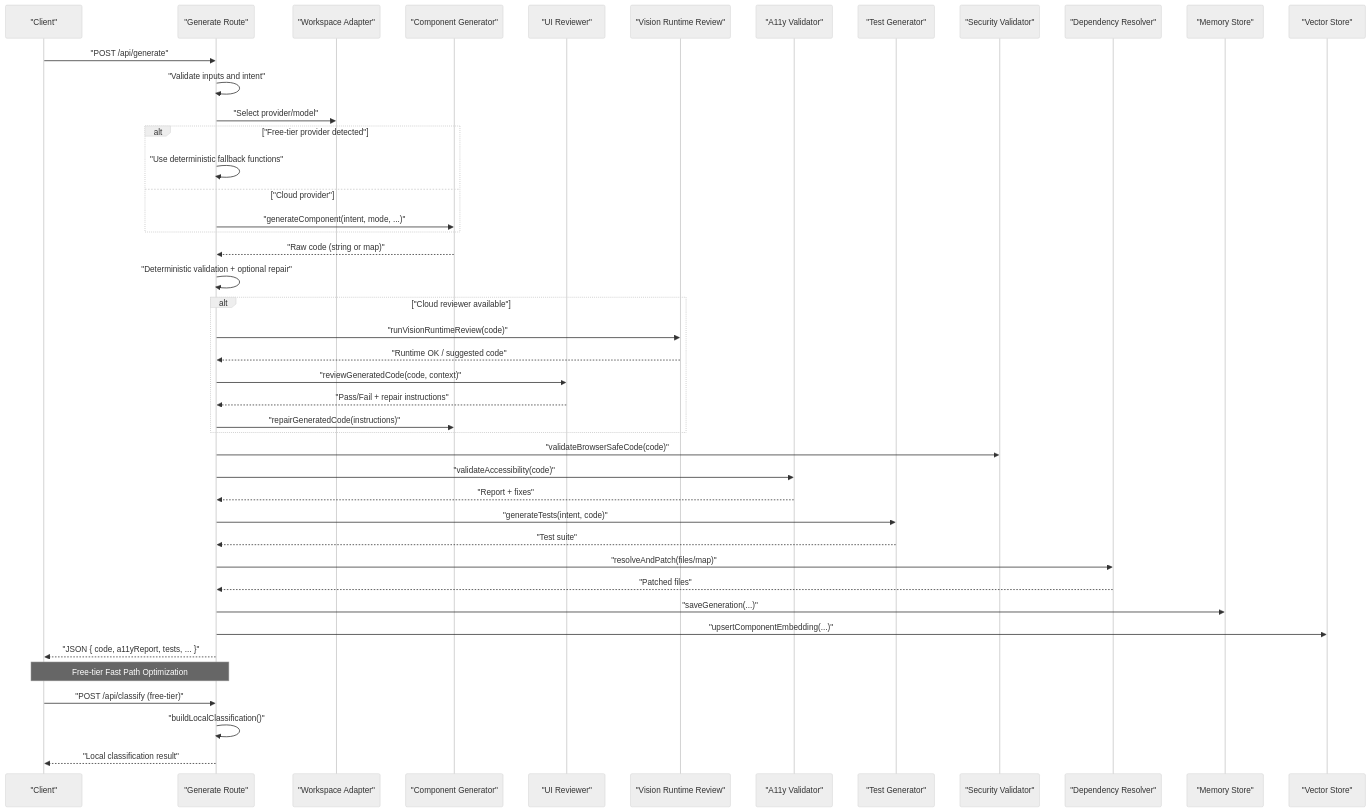
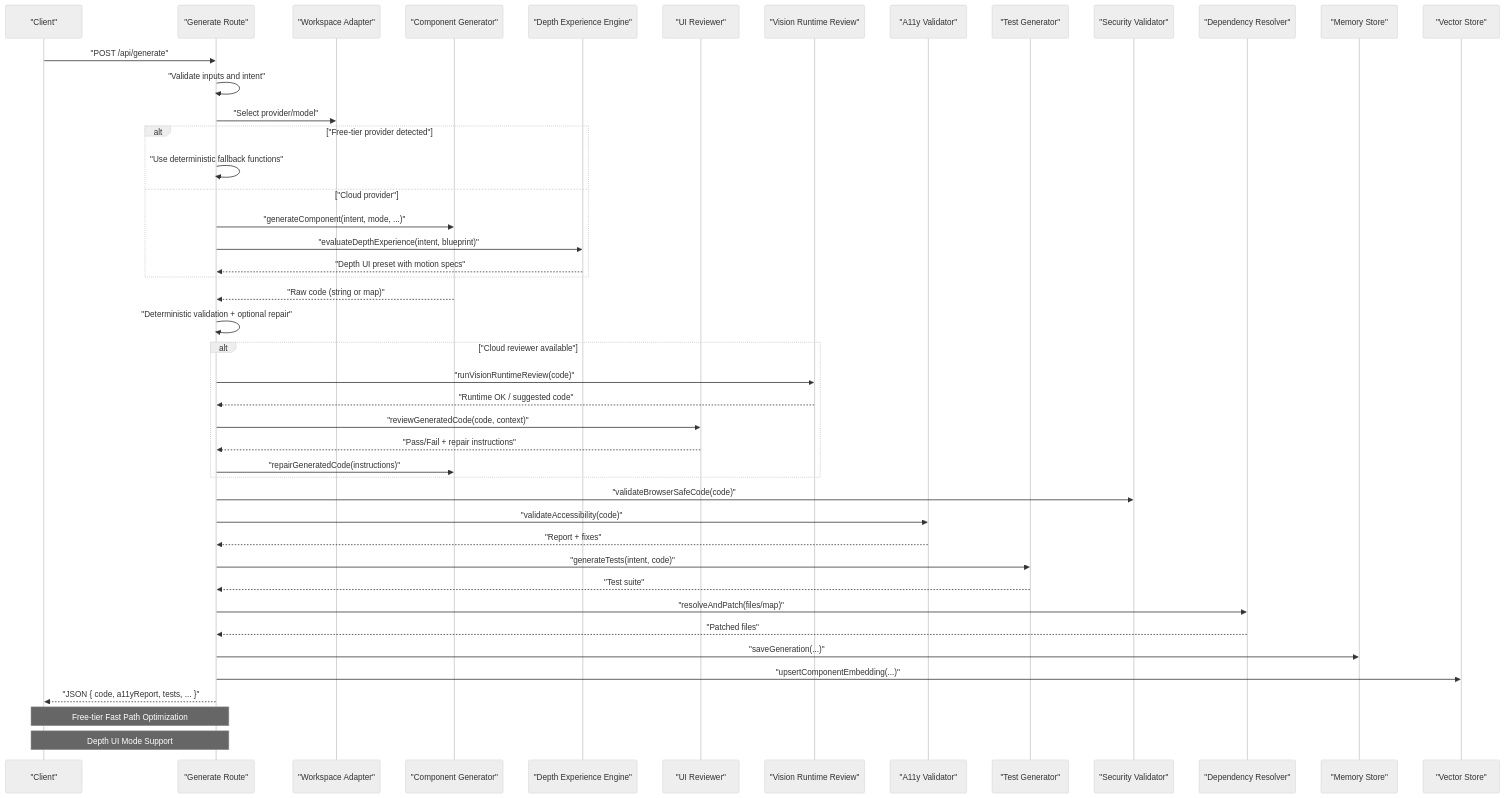
The second of 4 diagrams in .qoder/repowiki/en/content/AI Generation Engine/Core Generation Pipeline/Core Generation Pipeline.md (shekhargiri005-dotcom/AI-powered-accessibility-first-UI-engine), drawn with Mermaid (neutral theme) before and after one commit. The commit also changed other lines of this file and 6 other files, not shown here.

````diff
--- a/.qoder/repowiki/en/content/AI Generation Engine/Core Generation Pipeline/Core Generation Pipeline.md
+++ b/.qoder/repowiki/en/content/AI Generation Engine/Core Generation Pipeline/Core Generation Pipeline.md
@@ -149,46 +158,47 @@
 ```mermaid
 sequenceDiagram
 participant Client as "Client"
 participant API as "Generate Route"
 participant Adapter as "Workspace Adapter"
 participant Gen as "Component Generator"
+participant DepthEngine as "Depth Experience Engine"
 participant Review as "UI Reviewer"
 participant Vision as "Vision Runtime Review"
 participant A11y as "A11y Validator"
 participant Tests as "Test Generator"
 participant Sec as "Security Validator"
 participant Dep as "Dependency Resolver"
 participant Mem as "Memory Store"
 participant Emb as "Vector Store"
 Client->>API : "POST /api/generate"
 API->>API : "Validate inputs and intent"
 API->>Adapter : "Select provider/model"
 alt "Free-tier provider detected"
 API->>API : "Use deterministic fallback functions"
 else "Cloud provider"
 API->>Gen : "generateComponent(intent, mode, ...)"
+API->>DepthEngine : "evaluateDepthExperience(intent, blueprint)"
+DepthEngine-->>API : "Depth UI preset with motion specs"
 end
 Gen-->>API : "Raw code (string or map)"
 API->>API : "Deterministic validation + optional repair"
 alt "Cloud reviewer available"
 API->>Vision : "runVisionRuntimeReview(code)"
 Vision-->>API : "Runtime OK / suggested code"
 API->>Review : "reviewGeneratedCode(code, context)"
 Review-->>API : "Pass/Fail + repair instructions"
 API->>Gen : "repairGeneratedCode(instructions)"
 end
 API->>Sec : "validateBrowserSafeCode(code)"
 API->>A11y : "validateAccessibility(code)"
 A11y-->>API : "Report + fixes"
 API->>Tests : "generateTests(intent, code)"
 Tests-->>API : "Test suite"
 API->>Dep : "resolveAndPatch(files/map)"
 Dep-->>API : "Patched files"
 API->>Mem : "saveGeneration(...)"
 API->>Emb : "upsertComponentEmbedding(...)"
 API-->>Client : "JSON { code, a11yReport, tests, ... }"
 Note over Client,API : Free-tier Fast Path Optimization
-Client->>API : "POST /api/classify (free-tier)"
-API->>API : "buildLocalClassification()"
-API-->>Client : "Local classification result"
+Note over Client,API : Depth UI Mode Support
 ```
````
